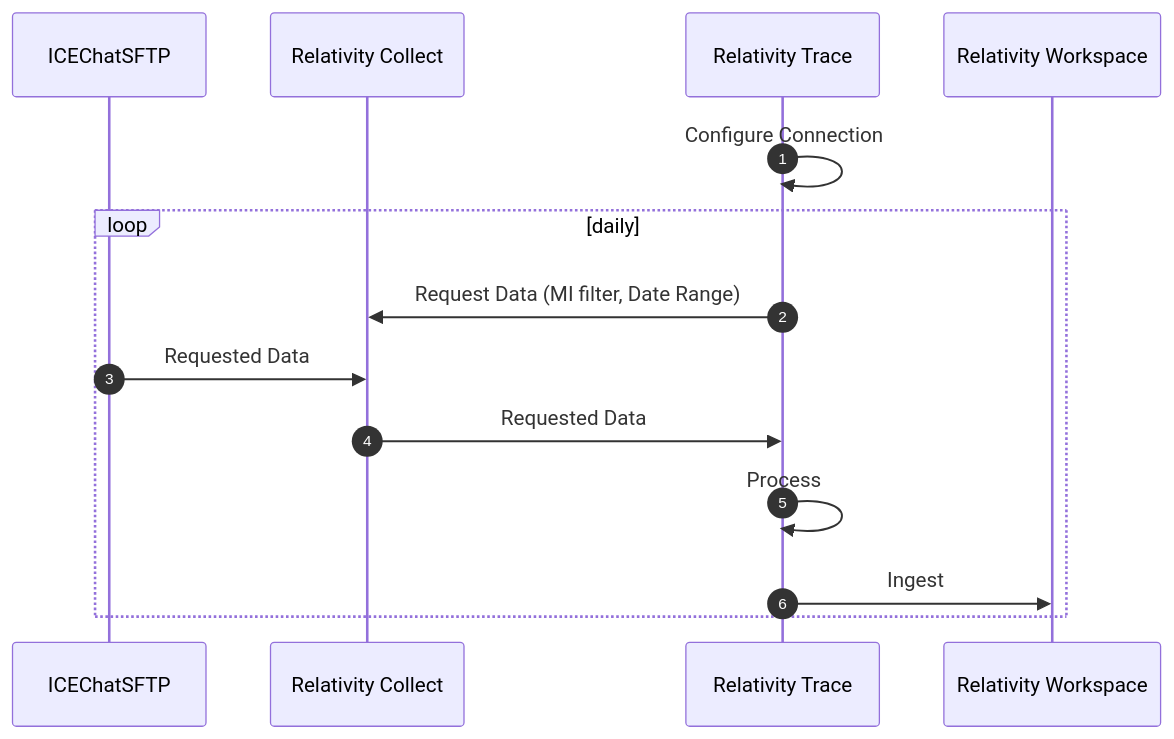
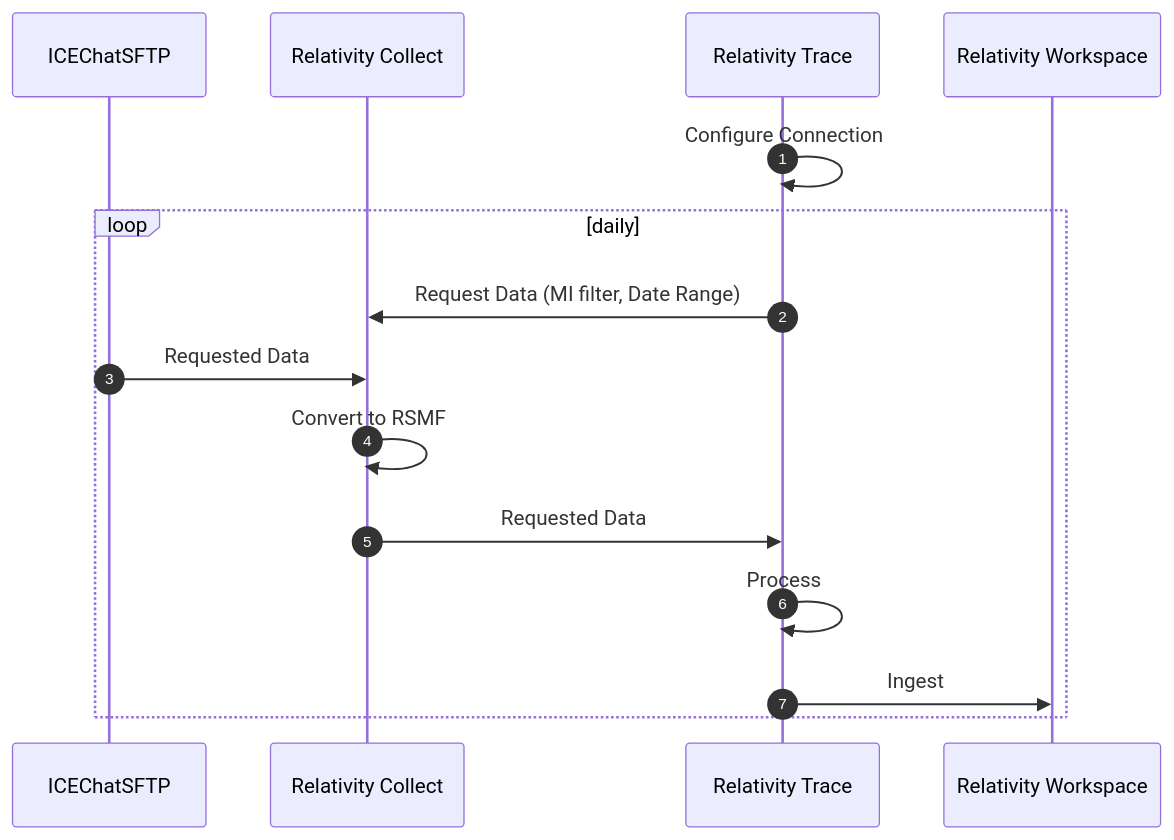
One commit to relativitydev/relativity-trace-documentation changed the diagram in docs/administrator_guide/collection/all_data_sources/chat_data_sources/ice_chat_via_collect.md. Above: the diagram before and after it, drawn with Mermaid.

````diff
--- a/docs/administrator_guide/collection/all_data_sources/chat_data_sources/ice_chat_via_collect.md
+++ b/docs/administrator_guide/collection/all_data_sources/chat_data_sources/ice_chat_via_collect.md
@@ -22,18 +22,19 @@
 ```mermaid
 sequenceDiagram
     autonumber
 
     participant ICEChatSFTP
     participant Relativity Collect
     participant Relativity Trace
     participant Relativity Workspace
 
     Relativity Trace->>Relativity Trace: Configure Connection
     loop daily
         Relativity Trace->>Relativity Collect: Request Data (MI filter, Date Range)
         ICEChatSFTP->>Relativity Collect: Requested Data
+        Relativity Collect->>Relativity Collect: Convert to RSMF
         Relativity Collect->>Relativity Trace: Requested Data
         Relativity Trace->>Relativity Trace: Process
         Relativity Trace->>Relativity Workspace: Ingest
     end
 ```
````
